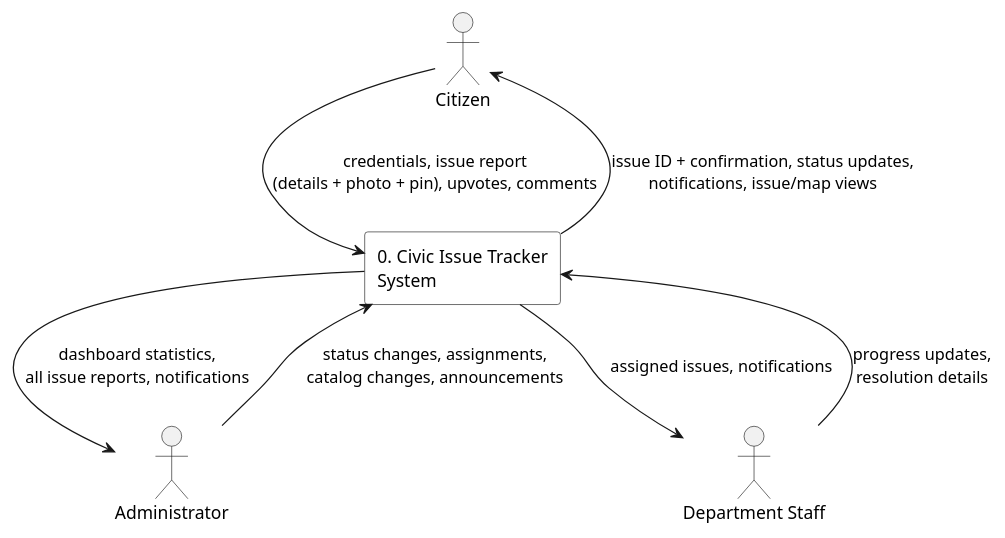
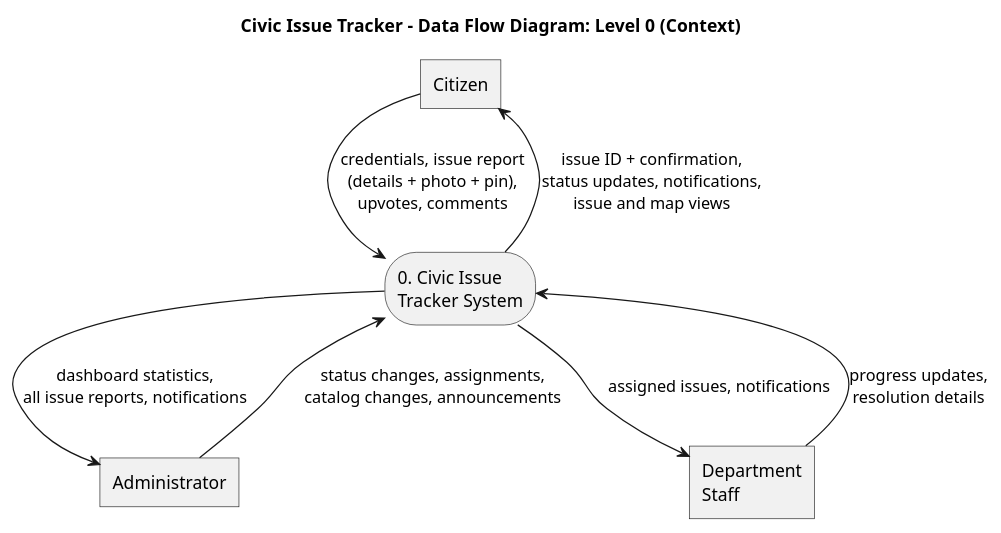
The diagram in docs/diagrams/dfd-level-0.puml (manojkumaranna07-svg/civic-issue-tracker), drawn with PlantUML before and after one commit. The commit also changed 18 other files, not shown here.

Commit message:
Diagram corrections: DFD notation (rectangular entities, rounded processes, read/write flow directions), use-case extend directions, activity validation loop + admin resolution review, titles on all diagrams, class-diagram role note

```diff
--- a/docs/diagrams/dfd-level-0.puml
+++ b/docs/diagrams/dfd-level-0.puml
@@ -1,16 +1,24 @@
-@startuml "Civic Issue Tracker - DFD Level 0 (Context Diagram)"
+@startuml
 skinparam monochrome true
 skinparam shadowing false
+skinparam rectangle {
+  roundCorner 0
+}
+hide <<process>> stereotype
+skinparam rectangle<<process>> {
+  roundCorner 50
+}
+title Civic Issue Tracker - Data Flow Diagram: Level 0 (Context)
 
-actor Citizen
-actor Administrator
-actor "Department Staff" as Staff
-rectangle "0. Civic Issue Tracker\nSystem" as SYS #white
+rectangle Citizen as E1
+rectangle Administrator as E2
+rectangle "Department\nStaff" as E3
+rectangle "0. Civic Issue\nTracker System" as SYS <<process>>
 
-Citizen --> SYS : credentials, issue report\n(details + photo + pin), upvotes, comments
-SYS --> Citizen : issue ID + confirmation, status updates,\nnotifications, issue/map views
-Administrator --> SYS : status changes, assignments,\ncatalog changes, announcements
-SYS --> Administrator : dashboard statistics,\nall issue reports, notifications
-Staff --> SYS : progress updates,\nresolution details
-SYS --> Staff : assigned issues, notifications
+E1 --> SYS : credentials, issue report\n(details + photo + pin),\nupvotes, comments
+SYS --> E1 : issue ID + confirmation,\nstatus updates, notifications,\nissue and map views
+E2 --> SYS : status changes, assignments,\ncatalog changes, announcements
+SYS --> E2 : dashboard statistics,\nall issue reports, notifications
+E3 --> SYS : progress updates,\nresolution details
+SYS --> E3 : assigned issues, notifications
 @enduml
```
